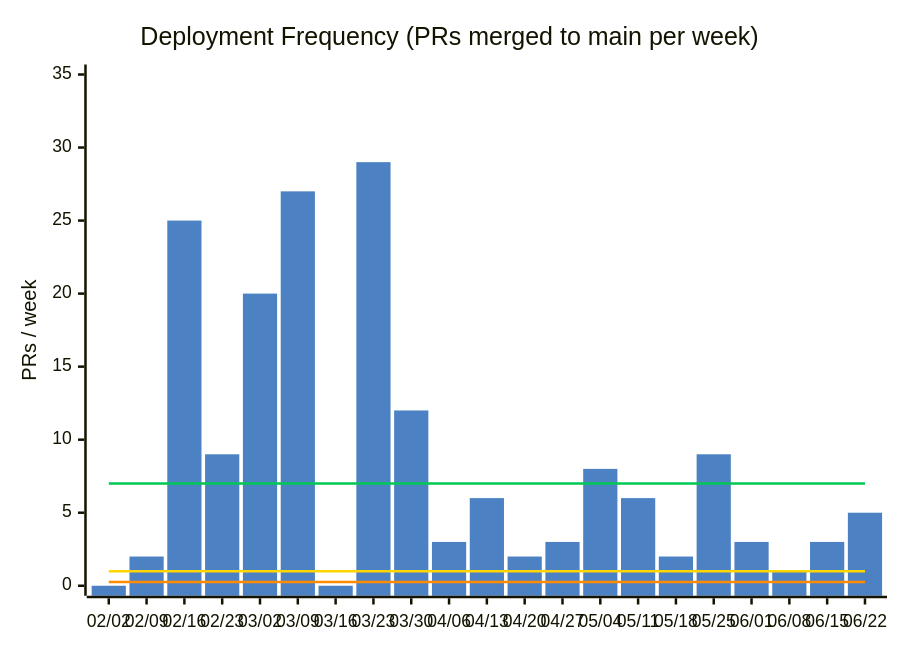
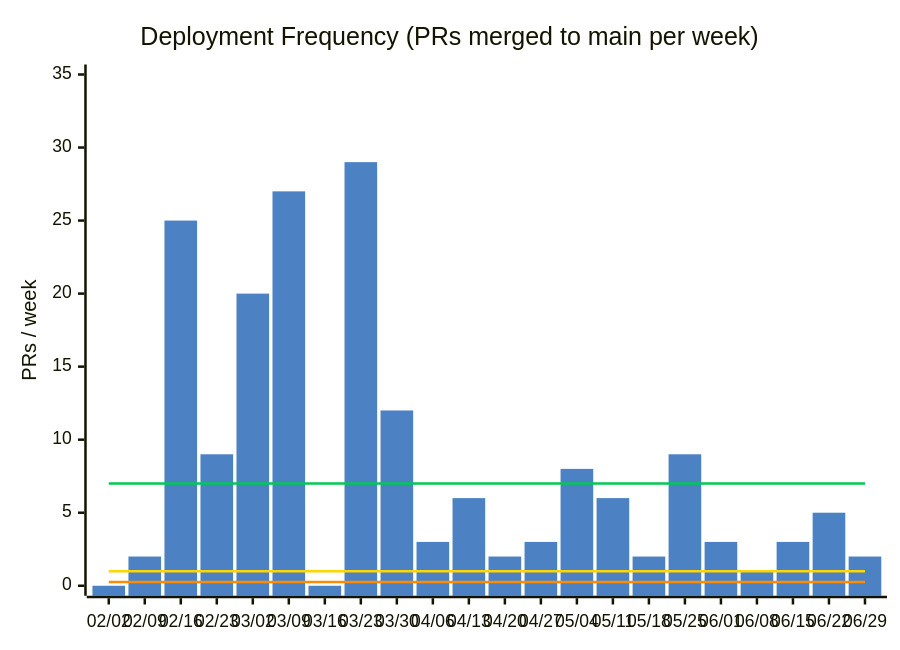
Before and after one commit to nablarch/nabledge-dev: the first of 14 diagrams in docs/metrics.md, drawn with Mermaid. The commit also changed other lines of this file and 2 other files, not shown here.

````diff
--- a/docs/metrics.md
+++ b/docs/metrics.md
@@ -37,11 +37,11 @@
 ```mermaid
 %%{init: {'theme': 'base', 'themeVariables': {'xyChart': {'plotColorPalette': '#4C82C3,#00C853,#FFD600,#FF8C00'}}}}%%
 xychart-beta
   title "Deployment Frequency (PRs merged to main per week)"
-  x-axis ["02/02", "02/09", "02/16", "02/23", "03/02", "03/09", "03/16", "03/23", "03/30", "04/06", "04/13", "04/20", "04/27", "05/04", "05/11", "05/18", "05/25", "06/01", "06/08", "06/15", "06/22"]
+  x-axis ["02/02", "02/09", "02/16", "02/23", "03/02", "03/09", "03/16", "03/23", "03/30", "04/06", "04/13", "04/20", "04/27", "05/04", "05/11", "05/18", "05/25", "06/01", "06/08", "06/15", "06/22", "06/29"]
   y-axis "PRs / week" 0 --> 35
-  bar [0, 2, 25, 9, 20, 27, 0, 29, 12, 3, 6, 2, 3, 8, 6, 2, 9, 3, 1, 3, 5]
-  line [7, 7, 7, 7, 7, 7, 7, 7, 7, 7, 7, 7, 7, 7, 7, 7, 7, 7, 7, 7, 7]
-  line [1, 1, 1, 1, 1, 1, 1, 1, 1, 1, 1, 1, 1, 1, 1, 1, 1, 1, 1, 1, 1]
-  line [0.25, 0.25, 0.25, 0.25, 0.25, 0.25, 0.25, 0.25, 0.25, 0.25, 0.25, 0.25, 0.25, 0.25, 0.25, 0.25, 0.25, 0.25, 0.25, 0.25, 0.25]
+  bar [0, 2, 25, 9, 20, 27, 0, 29, 12, 3, 6, 2, 3, 8, 6, 2, 9, 3, 1, 3, 5, 2]
+  line [7, 7, 7, 7, 7, 7, 7, 7, 7, 7, 7, 7, 7, 7, 7, 7, 7, 7, 7, 7, 7, 7]
+  line [1, 1, 1, 1, 1, 1, 1, 1, 1, 1, 1, 1, 1, 1, 1, 1, 1, 1, 1, 1, 1, 1]
+  line [0.25, 0.25, 0.25, 0.25, 0.25, 0.25, 0.25, 0.25, 0.25, 0.25, 0.25, 0.25, 0.25, 0.25, 0.25, 0.25, 0.25, 0.25, 0.25, 0.25, 0.25, 0.25]
 ```
````
